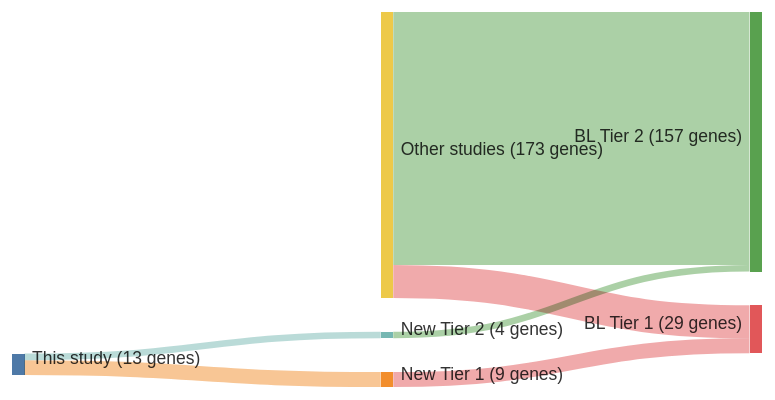
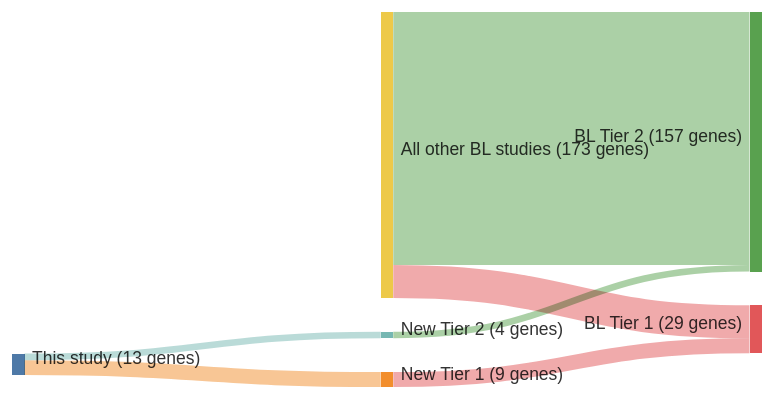
One commit to morinlab/lymphopedia changed the diagram in papers/grandeGenomewideDiscoverySomatic2019.md. Above: the diagram before and after it, drawn with Mermaid. The commit also changed 82 other files, not shown here.

````diff
--- a/papers/grandeGenomewideDiscoverySomatic2019.md
+++ b/papers/grandeGenomewideDiscoverySomatic2019.md
@@ -12,20 +12,20 @@
 ```mermaid
 ---
 config:
     sankey:
         showValues: true
         linkColor: target
         width: 600
         height: 300
         nodeAlignment: right
         prefix: '('
         suffix: ' genes)'
 ---
 sankey-beta
 This study, New Tier 1, 9
 New Tier 1, BL Tier 1, 9
 This study, New Tier 2, 4
 New Tier 2, BL Tier 2, 4
-Other studies, BL Tier 1, 20
-Other studies, BL Tier 2, 153
+All other BL studies, BL Tier 1, 20
+All other BL studies, BL Tier 2, 153
 ```
````
